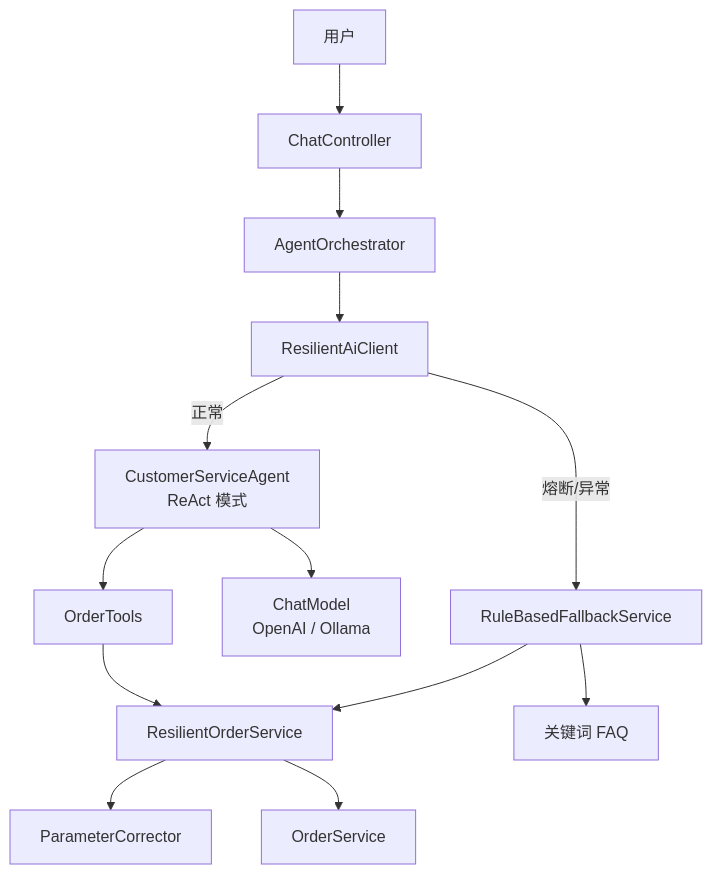
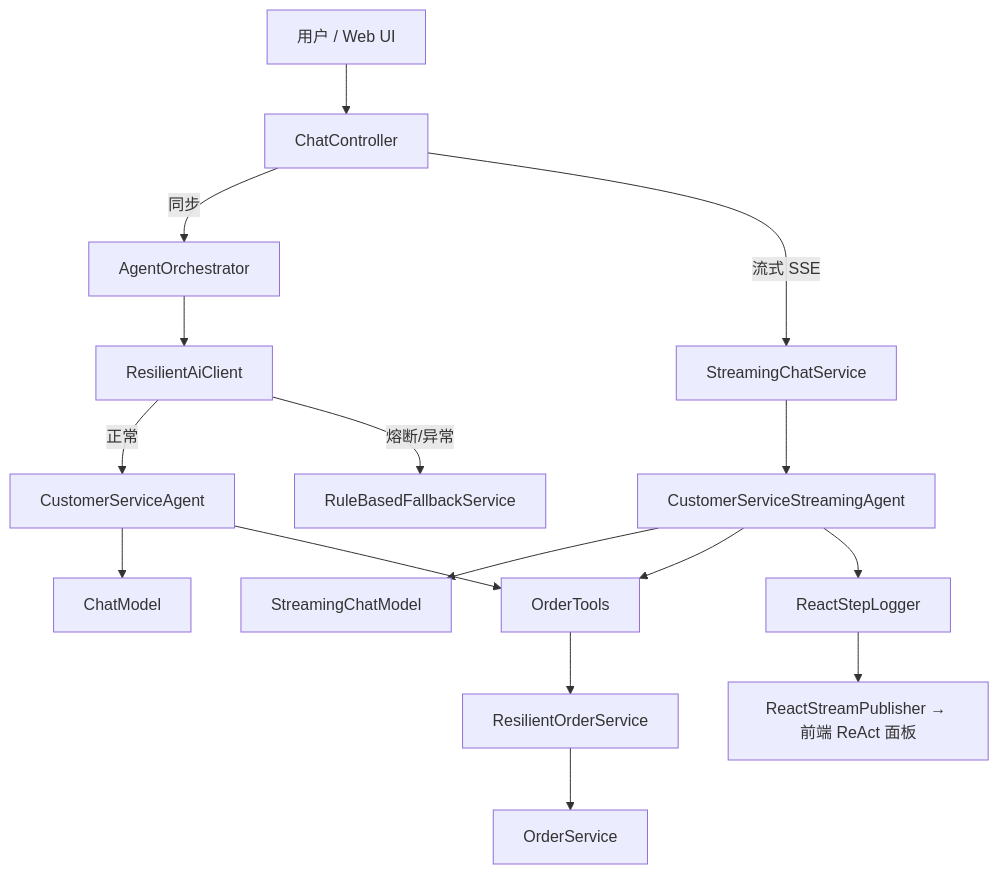
One commit to MMCISAGOODMAN/customer-service-agent changed the diagram in README.md. Above: the diagram before and after it, drawn with Mermaid. The commit also changed other lines of this file and 80 other files, not shown here.

First line of the commit message:
Refactor into modular AI platform with streaming chat and ReAct UI.

````diff
--- a/README.md
+++ b/README.md
@@ -48,17 +107,22 @@
 ```mermaid
 flowchart TB
-    User[用户] --> API[ChatController]
-    API --> Orch[AgentOrchestrator]
+    User[用户 / Web UI] --> API[ChatController]
+    API -->|同步| Orch[AgentOrchestrator]
+    API -->|流式 SSE| Stream[StreamingChatService]
+
     Orch --> Client[ResilientAiClient]
-    Client -->|正常| Agent[CustomerServiceAgent<br/>ReAct 模式]
+    Client -->|正常| Agent[CustomerServiceAgent]
     Client -->|熔断/异常| Fallback[RuleBasedFallbackService]
 
-    Agent --> LLM[ChatModel<br/>OpenAI / Ollama]
-    Agent --> Tools[OrderTools]
+    Stream --> SAgent[CustomerServiceStreamingAgent]
+    SAgent --> LLM[StreamingChatModel]
+    SAgent --> Tools[OrderTools]
+
+    Agent --> LLM2[ChatModel]
+    Agent --> Tools
     Tools --> ROS[ResilientOrderService]
-    ROS --> PC[ParameterCorrector]
     ROS --> OS[OrderService]
 
-    Fallback --> ROS
-    Fallback --> FAQ[关键词 FAQ]
+    SAgent --> Obs[ReactStepLogger]
+    Obs --> SSE[ReactStreamPublisher → 前端 ReAct 面板]
 ```
````
